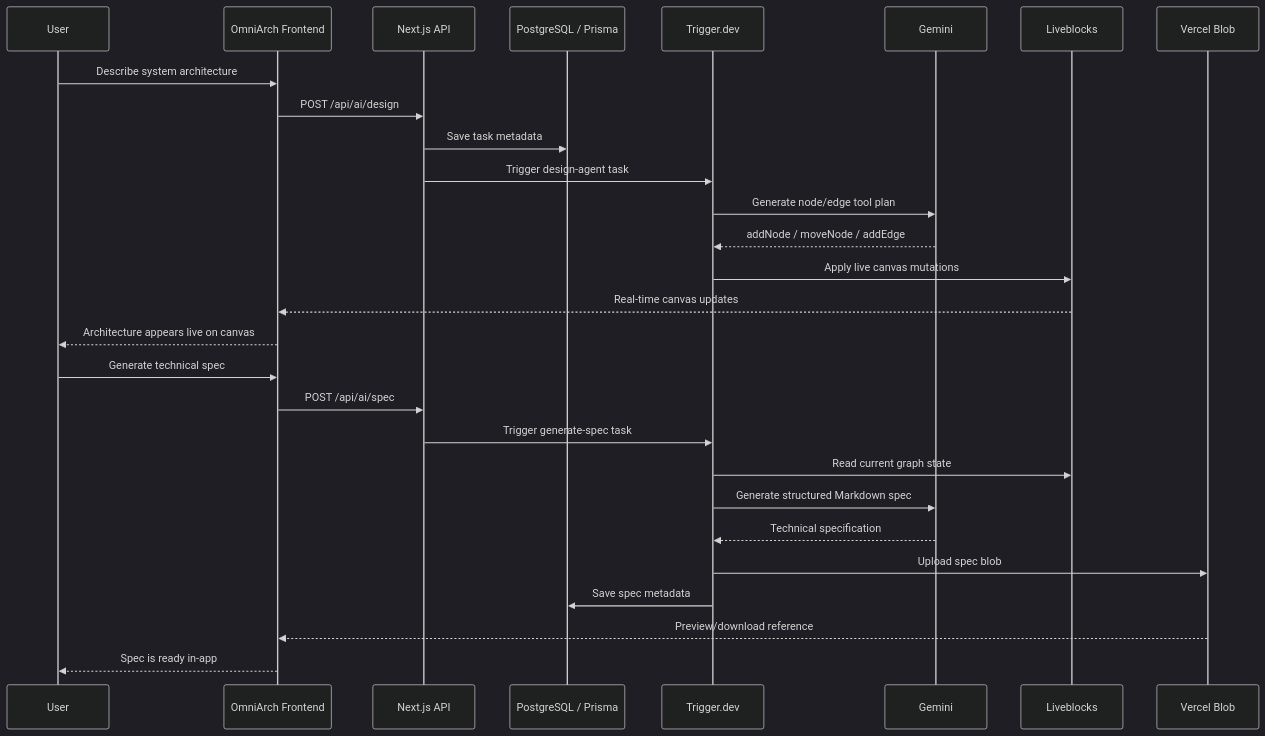
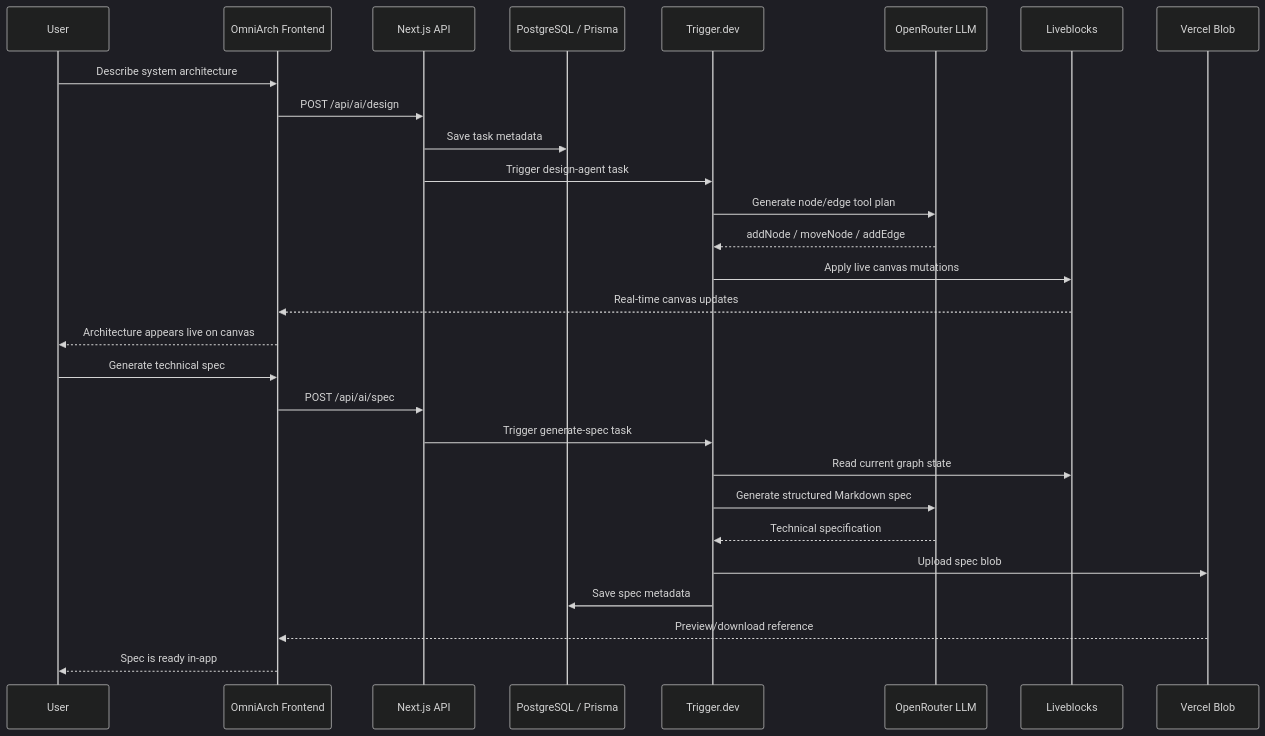
The second of 2 diagrams in README.md (itsdishant/omniarch), drawn with Mermaid (dark theme) before and after one commit. The commit also changed other lines of this file and 19 other files, not shown here.

First line of the commit message:
Move AI to OpenRouter and split dev/prod env files

````diff
--- a/README.md
+++ b/README.md
@@ -269,32 +281,32 @@
 ```mermaid
 sequenceDiagram
     participant U as User
     participant FE as OmniArch Frontend
     participant API as Next.js API
     participant DB as PostgreSQL / Prisma
     participant TD as Trigger.dev
-    participant GM as Gemini
+    participant GM as OpenRouter LLM
     participant LB as Liveblocks
     participant BL as Vercel Blob
 
     U->>FE: Describe system architecture
     FE->>API: POST /api/ai/design
     API->>DB: Save task metadata
     API->>TD: Trigger design-agent task
     TD->>GM: Generate node/edge tool plan
     GM-->>TD: addNode / moveNode / addEdge
     TD->>LB: Apply live canvas mutations
     LB-->>FE: Real-time canvas updates
     FE-->>U: Architecture appears live on canvas
 
     U->>FE: Generate technical spec
     FE->>API: POST /api/ai/spec
     API->>TD: Trigger generate-spec task
     TD->>LB: Read current graph state
     TD->>GM: Generate structured Markdown spec
     GM-->>TD: Technical specification
     TD->>BL: Upload spec blob
     TD->>DB: Save spec metadata
     BL-->>FE: Preview/download reference
     FE-->>U: Spec is ready in-app
 ```
````
